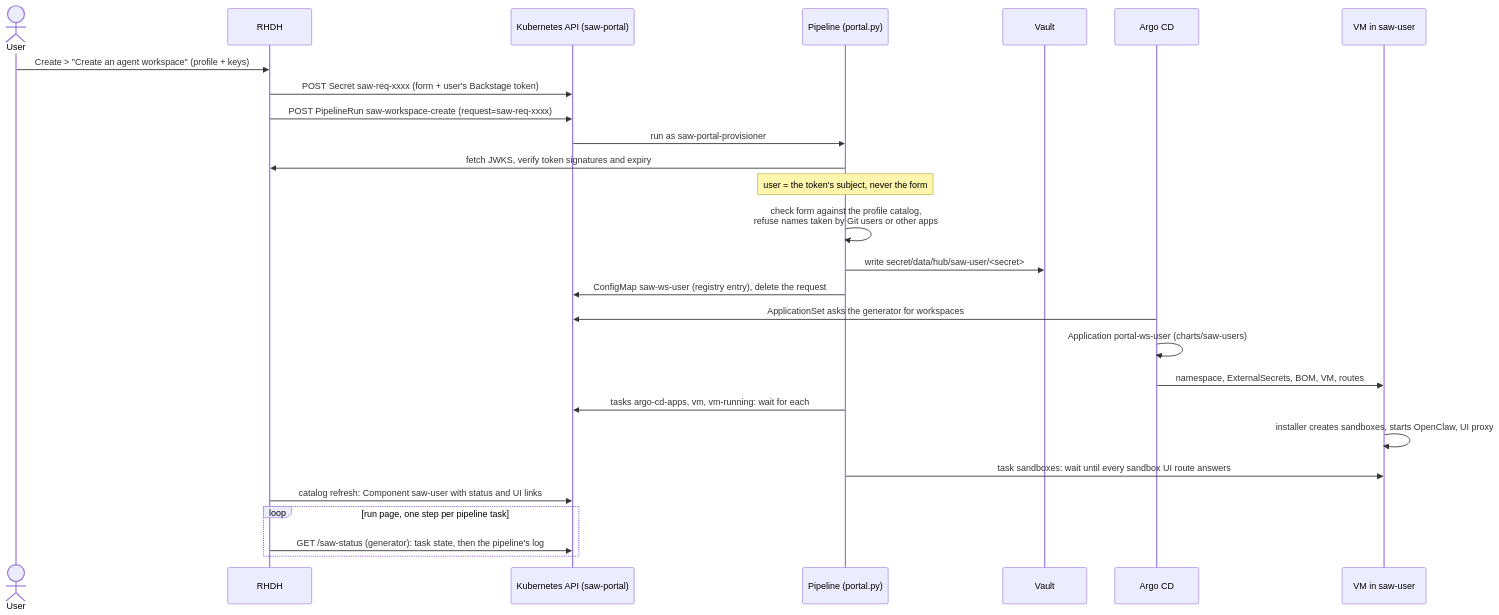
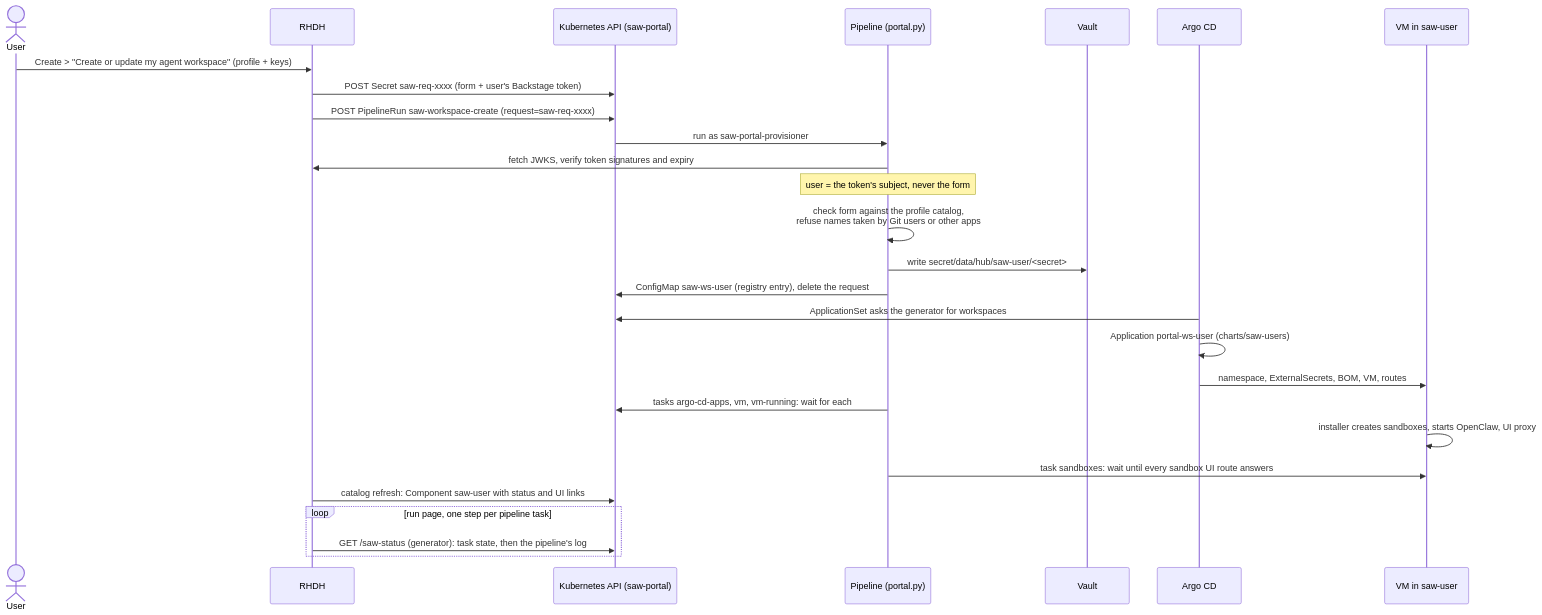
The second of 3 diagrams in docs/rhdh-architecture.md (Hadar301/secure-agent-workspace), drawn with Mermaid before and after one commit. The commit also changed other lines of this file and 19 other files, not shown here.

````diff
--- a/docs/rhdh-architecture.md
+++ b/docs/rhdh-architecture.md
@@ -76,30 +76,30 @@
 ```mermaid
 sequenceDiagram
   actor U as User
   participant R as RHDH
   participant K as Kubernetes API (saw-portal)
   participant P as Pipeline (portal.py)
   participant V as Vault
   participant A as Argo CD
   participant VM as VM in saw-user
 
-  U->>R: Create > "Create an agent workspace" (profile + keys)
+  U->>R: Create > "Create or update my agent workspace" (profile + keys)
   R->>K: POST Secret saw-req-xxxx (form + user's Backstage token)
   R->>K: POST PipelineRun saw-workspace-create (request=saw-req-xxxx)
   K->>P: run as saw-portal-provisioner
   P->>R: fetch JWKS, verify token signatures and expiry
   Note over P: user = the token's subject, never the form
   P->>P: check form against the profile catalog,<br/>refuse names taken by Git users or other apps
   P->>V: write secret/data/hub/saw-user/<secret>
   P->>K: ConfigMap saw-ws-user (registry entry), delete the request
   A->>K: ApplicationSet asks the generator for workspaces
   A->>A: Application portal-ws-user (charts/saw-users)
   A->>VM: namespace, ExternalSecrets, BOM, VM, routes
   P->>K: tasks argo-cd-apps, vm, vm-running: wait for each
   VM->>VM: installer creates sandboxes, starts OpenClaw, UI proxy
   P->>VM: task sandboxes: wait until every sandbox UI route answers
   R->>K: catalog refresh: Component saw-user with status and UI links
   loop run page, one step per pipeline task
     R->>K: GET /saw-status (generator): task state, then the pipeline's log
   end
 ```
````
